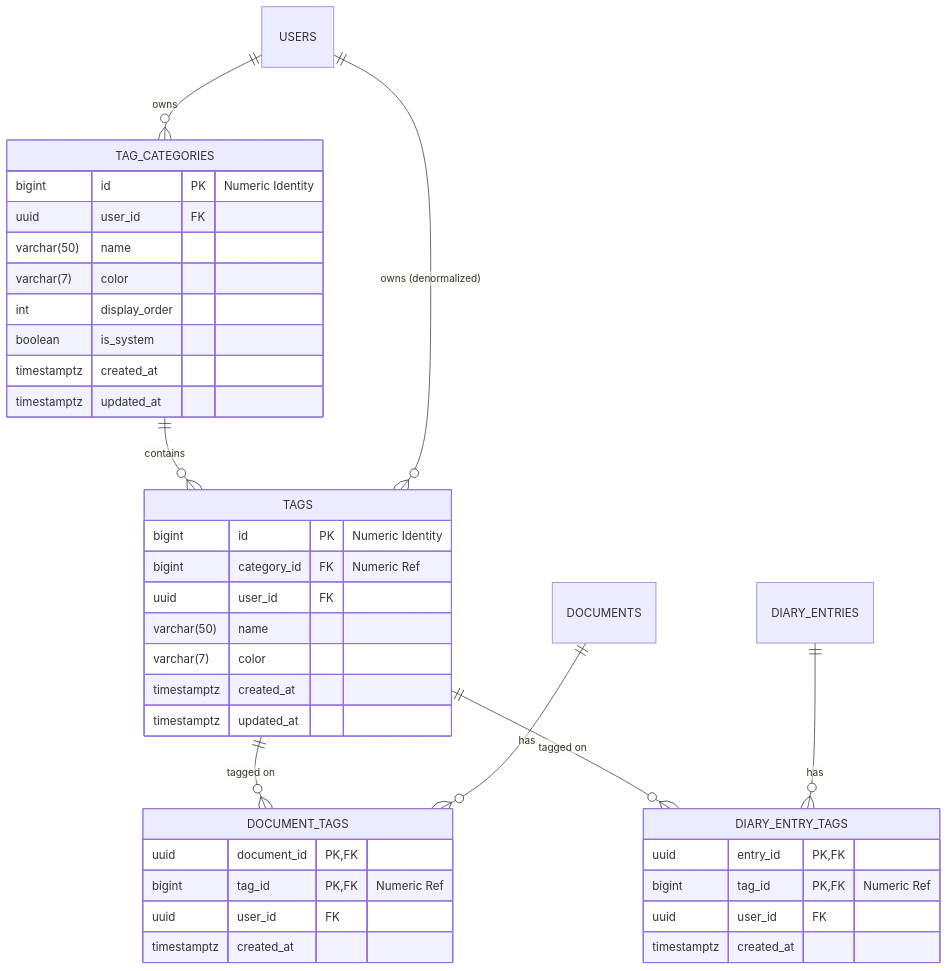
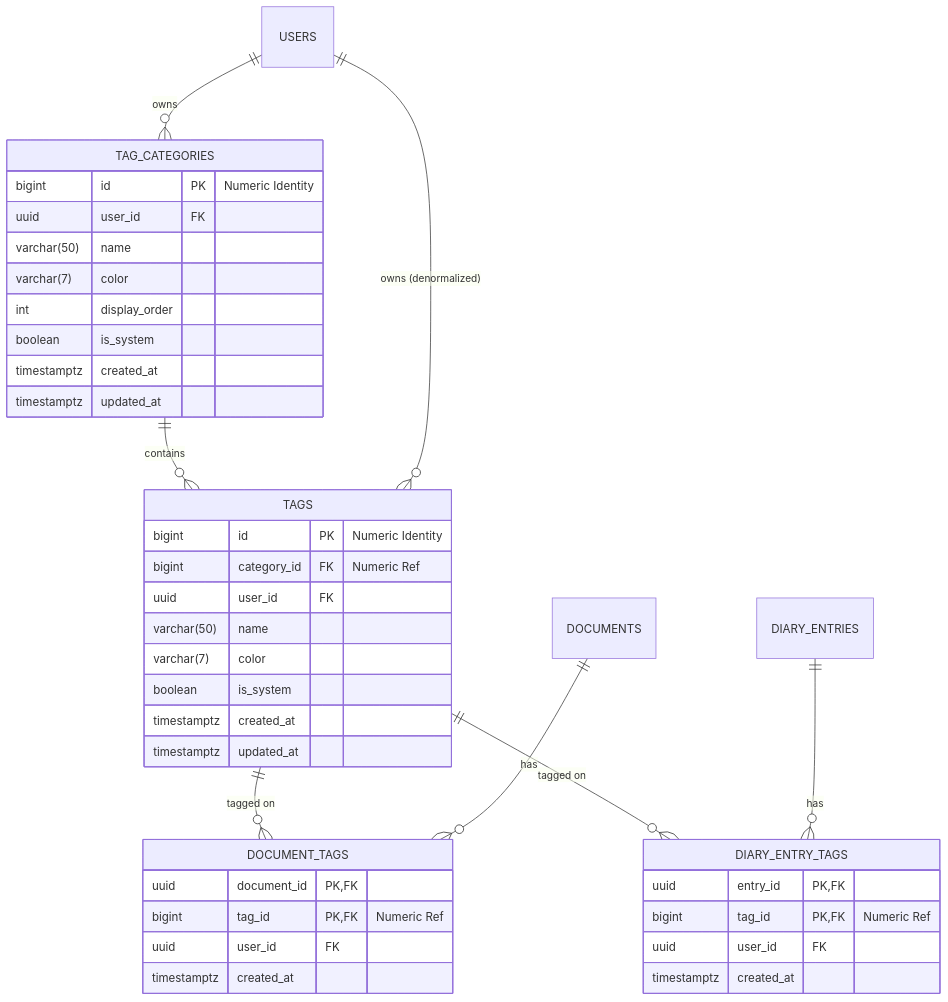
One commit to marceldavidbaroi/The-Commons changed the diagram in docs/features/document-tags/02-data-model.md. Above: the diagram before and after it, drawn with Mermaid. The commit also changed other lines of this file and 13 other files, not shown here.

````diff
--- a/docs/features/document-tags/02-data-model.md
+++ b/docs/features/document-tags/02-data-model.md
@@ -5,47 +5,48 @@
 ```mermaid
 erDiagram
     USERS ||--o{ TAG_CATEGORIES : "owns"
     TAG_CATEGORIES ||--o{ TAGS : "contains"
     USERS ||--o{ TAGS : "owns (denormalized)"
     
     TAGS ||--o{ DOCUMENT_TAGS : "tagged on"
     DOCUMENTS ||--o{ DOCUMENT_TAGS : "has"
     
     TAGS ||--o{ DIARY_ENTRY_TAGS : "tagged on"
     DIARY_ENTRIES ||--o{ DIARY_ENTRY_TAGS : "has"
 
     TAG_CATEGORIES {
         bigint id PK "Numeric Identity"
         uuid user_id FK
         varchar(50) name
         varchar(7) color
         int display_order
         boolean is_system
         timestamptz created_at
         timestamptz updated_at
     }
 
     TAGS {
         bigint id PK "Numeric Identity"
         bigint category_id FK "Numeric Ref"
         uuid user_id FK
         varchar(50) name
         varchar(7) color
+        boolean is_system
         timestamptz created_at
         timestamptz updated_at
     }
 
     DOCUMENT_TAGS {
         uuid document_id PK, FK
         bigint tag_id PK, FK "Numeric Ref"
         uuid user_id FK
         timestamptz created_at
     }
 
     DIARY_ENTRY_TAGS {
         uuid entry_id PK, FK
         bigint tag_id PK, FK "Numeric Ref"
         uuid user_id FK
         timestamptz created_at
     }
 ```
````
